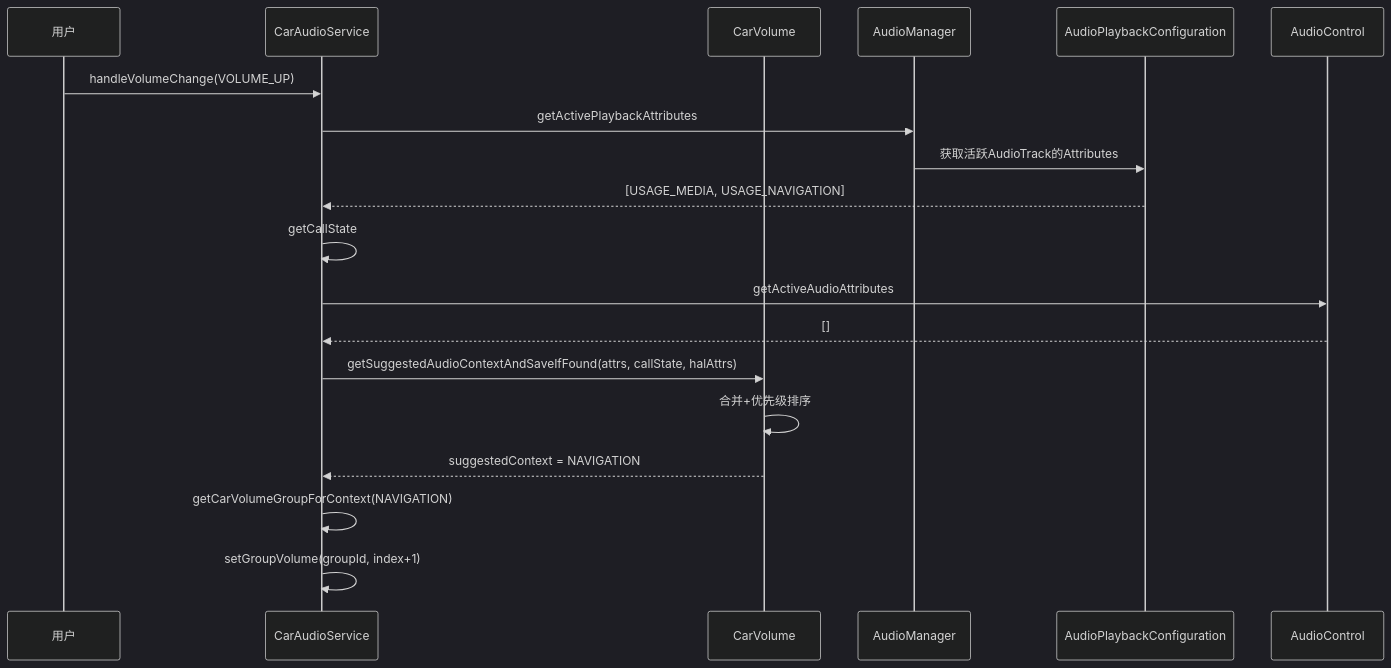
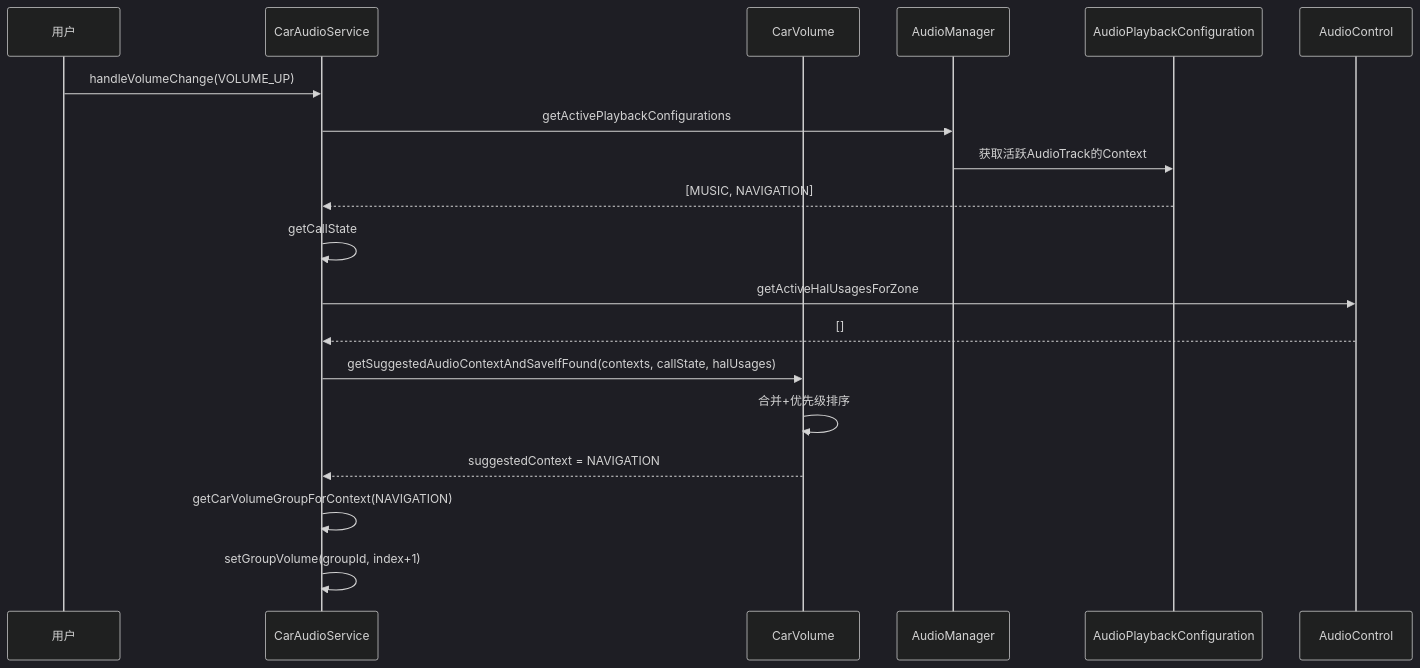
Before and after one commit to yanglinzhen1022/SA8295_AAOS_QNX_Audio_KnowledgeBase: the fourth of 4 diagrams in 09_AAOS_Car_Audio/09_9.12_CarVolume-音量优先级算法.md, drawn with Mermaid (dark theme). The commit also changed other lines of this file and 16 other files, not shown here.

````diff
--- a/09_AAOS_Car_Audio/09_9.12_CarVolume-音量优先级算法.md
+++ b/09_AAOS_Car_Audio/09_9.12_CarVolume-音量优先级算法.md
@@ -341,21 +338,21 @@
 ```mermaid
 sequenceDiagram
     participant USER as 用户
     participant CAS as CarAudioService
     participant CV as CarVolume
     participant AM as AudioManager
     participant APB as AudioPlaybackConfiguration
     participant HAL as AudioControl
     USER->>CAS: handleVolumeChange(VOLUME_UP)
-    CAS->>AM: getActivePlaybackAttributes
-    AM->>APB: 获取活跃AudioTrack的Attributes
-    APB-->>CAS: [USAGE_MEDIA, USAGE_NAVIGATION]
+    CAS->>AM: getActivePlaybackConfigurations
+    AM->>APB: 获取活跃AudioTrack的Context
+    APB-->>CAS: [MUSIC, NAVIGATION]
     CAS->>CAS: getCallState
-    CAS->>HAL: getActiveAudioAttributes
+    CAS->>HAL: getActiveHalUsagesForZone
     HAL-->>CAS: []
-    CAS->>CV: getSuggestedAudioContextAndSaveIfFound(attrs, callState, halAttrs)
+    CAS->>CV: getSuggestedAudioContextAndSaveIfFound(contexts, callState, halUsages)
     CV->>CV: 合并+优先级排序
     CV-->>CAS: suggestedContext = NAVIGATION
     CAS->>CAS: getCarVolumeGroupForContext(NAVIGATION)
     CAS->>CAS: setGroupVolume(groupId, index+1)
 ```
````
